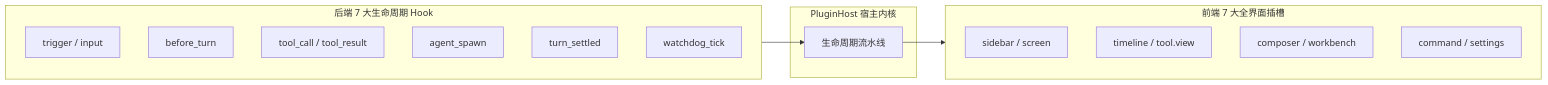
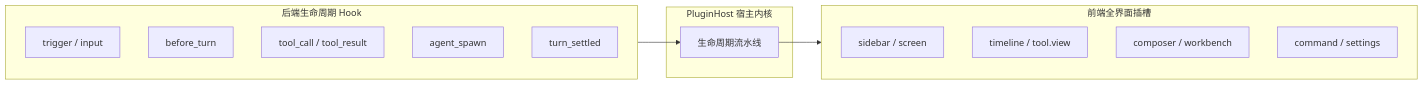
One commit to team4u/helm changed the first of 3 diagrams in docs/architecture/extension-points.md. Above: the diagram before and after it, drawn with Mermaid. The commit also changed other lines of this file and 10 other files, not shown here.

Commit message:
docs(architecture): 微内核瘦身契约同步——移除双7对称与watchdog_tick、Worktree迁入workflow、client.tsx单轨与json-render/mermaid插件化

````diff
--- a/docs/architecture/extension-points.md
+++ b/docs/architecture/extension-points.md
@@ -15,25 +15,24 @@
 ```mermaid
 flowchart LR
-    subgraph Backend["后端 7 大生命周期 Hook"]
+    subgraph Backend["后端生命周期 Hook"]
         H1["trigger / input"]
         H2["before_turn"]
         H3["tool_call / tool_result"]
         H4["agent_spawn"]
         H5["turn_settled"]
-        H6["watchdog_tick"]
     end
 
     subgraph Host["PluginHost 宿主内核"]
         Pipeline["生命周期流水线"]
     end
 
-    subgraph Frontend["前端 7 大全界面插槽"]
+    subgraph Frontend["前端全界面插槽"]
         S1["sidebar / screen"]
         S2["timeline / tool.view"]
         S3["composer / workbench"]
         S4["command / settings"]
     end
 
     Backend --> Pipeline
     Pipeline --> Frontend
 ```
````
